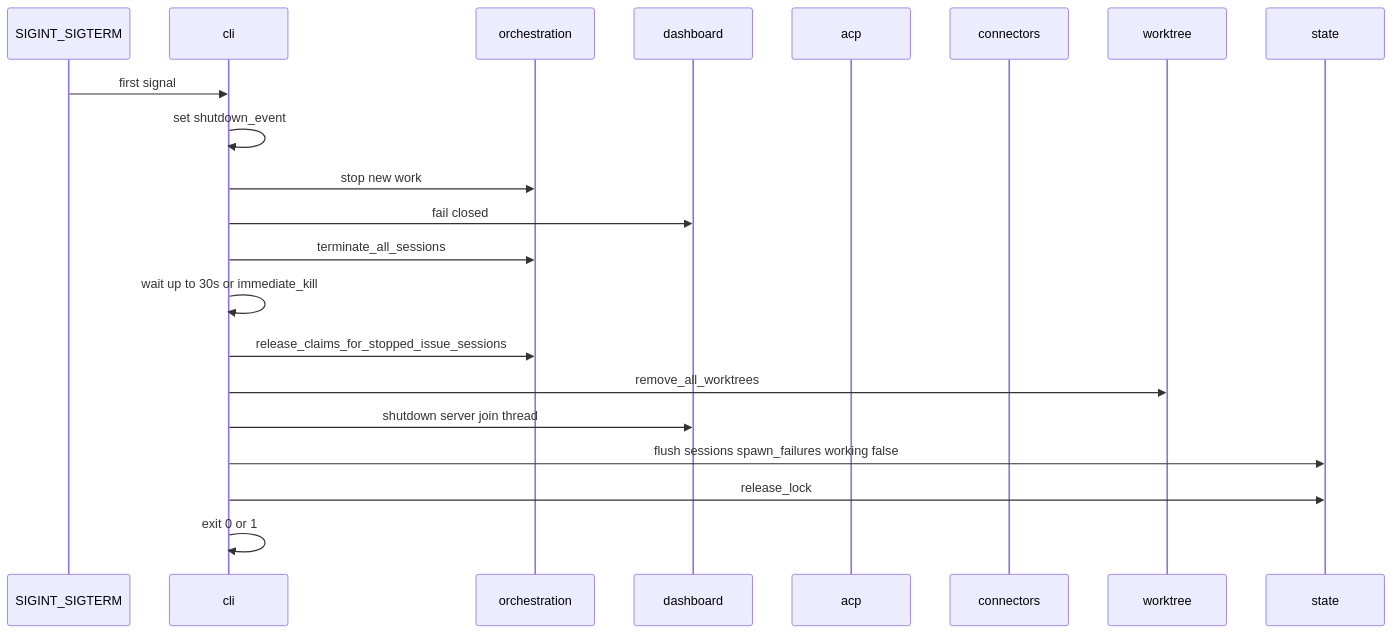
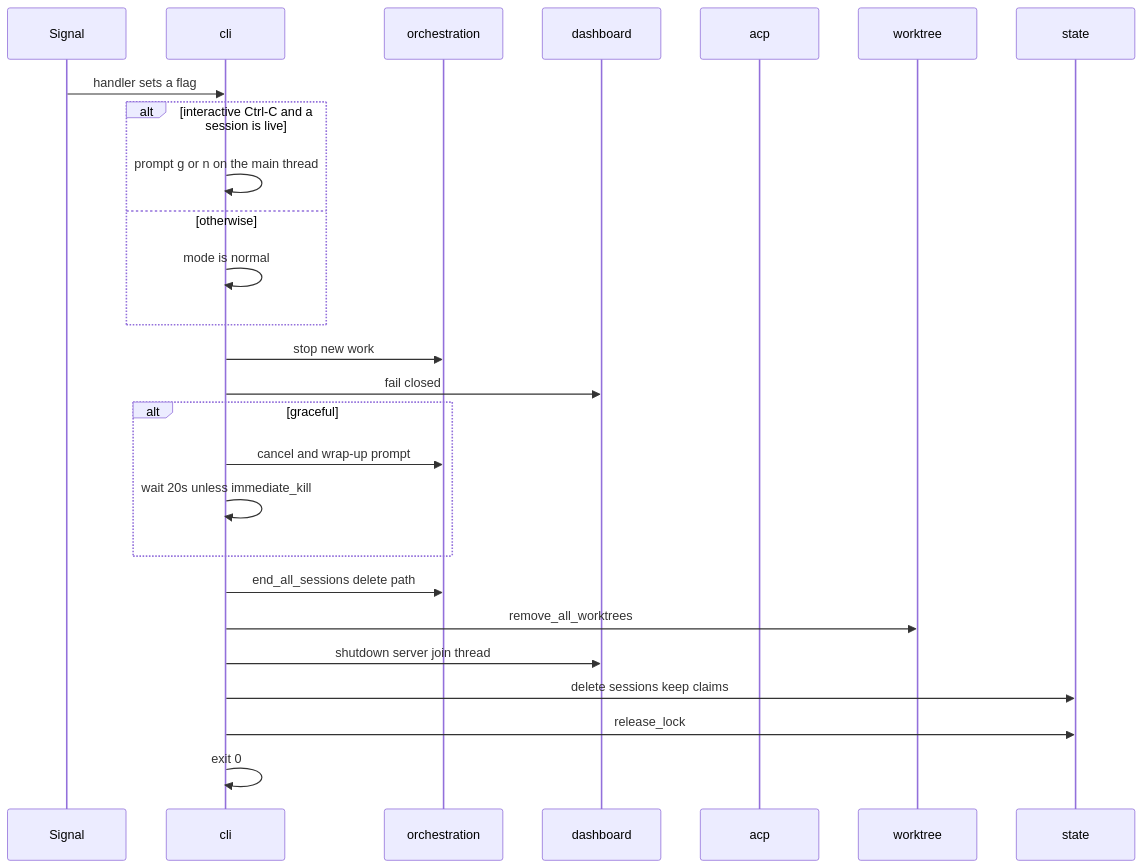
One commit to waigore/orkie changed the sixth of 6 diagrams in spec/design/sequences.md. Above: the diagram before and after it, drawn with Mermaid. The commit also changed other lines of this file and 51 other files, not shown here.

````diff
--- a/spec/design/sequences.md
+++ b/spec/design/sequences.md
@@ -218,24 +228,29 @@
 ```mermaid
 sequenceDiagram
-  participant Sig as SIGINT_SIGTERM
+  participant Sig as Signal
   participant CLI as cli
   participant Orch as orchestration
   participant Dash as dashboard
   participant Acp as acp
-  participant Conn as connectors
   participant Wt as worktree
   participant St as state
 
-  Sig->>CLI: first signal
-  CLI->>CLI: set shutdown_event
+  Sig->>CLI: handler sets a flag
+  alt interactive Ctrl-C and a session is live
+    CLI->>CLI: prompt g or n on the main thread
+  else otherwise
+    CLI->>CLI: mode is normal
+  end
   CLI->>Orch: stop new work
   CLI->>Dash: fail closed
-  CLI->>Orch: terminate_all_sessions
-  CLI->>CLI: wait up to 30s or immediate_kill
-  CLI->>Orch: release_claims_for_stopped_issue_sessions
+  alt graceful
+    CLI->>Orch: cancel and wrap-up prompt
+    CLI->>CLI: wait 20s unless immediate_kill
+  end
+  CLI->>Orch: end_all_sessions delete path
   CLI->>Wt: remove_all_worktrees
   CLI->>Dash: shutdown server join thread
-  CLI->>St: flush sessions spawn_failures working false
+  CLI->>St: delete sessions keep claims
   CLI->>St: release_lock
-  CLI->>CLI: exit 0 or 1
+  CLI->>CLI: exit 0
 ```
````
